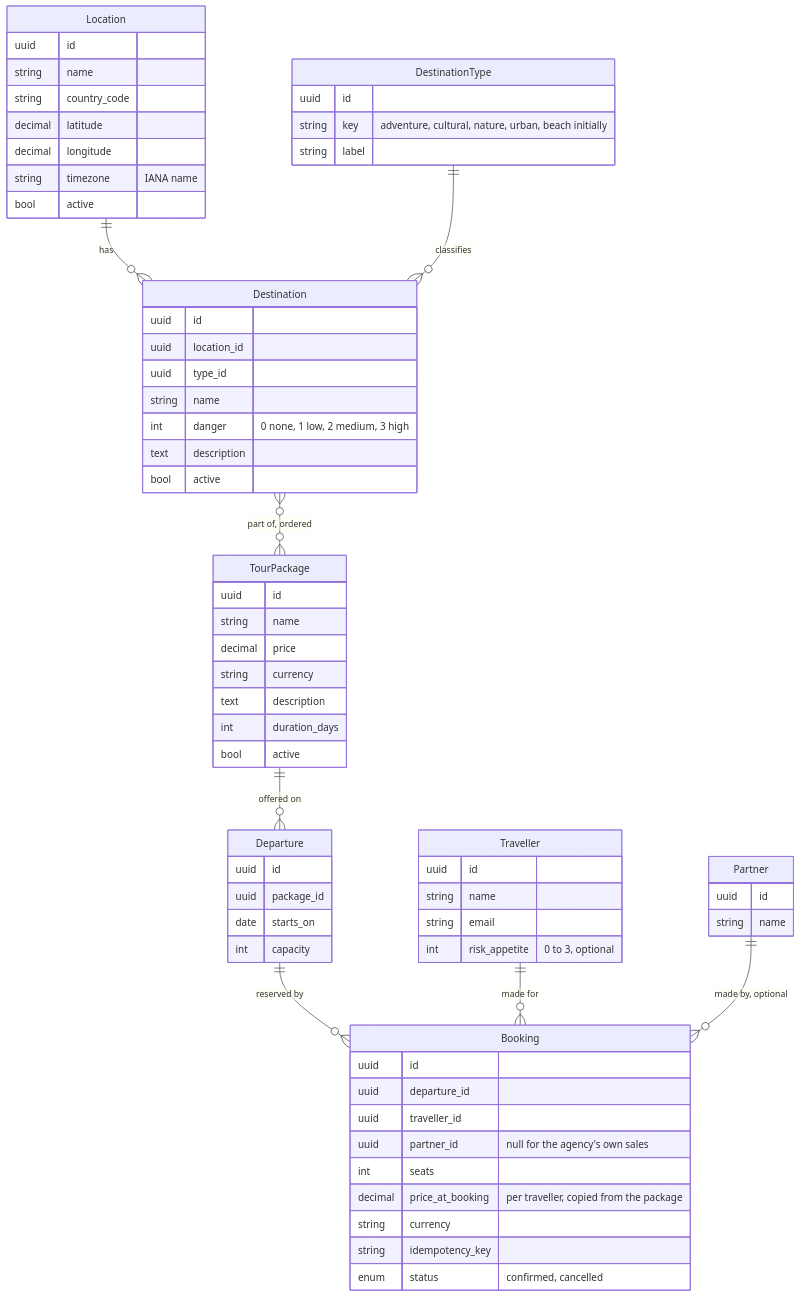
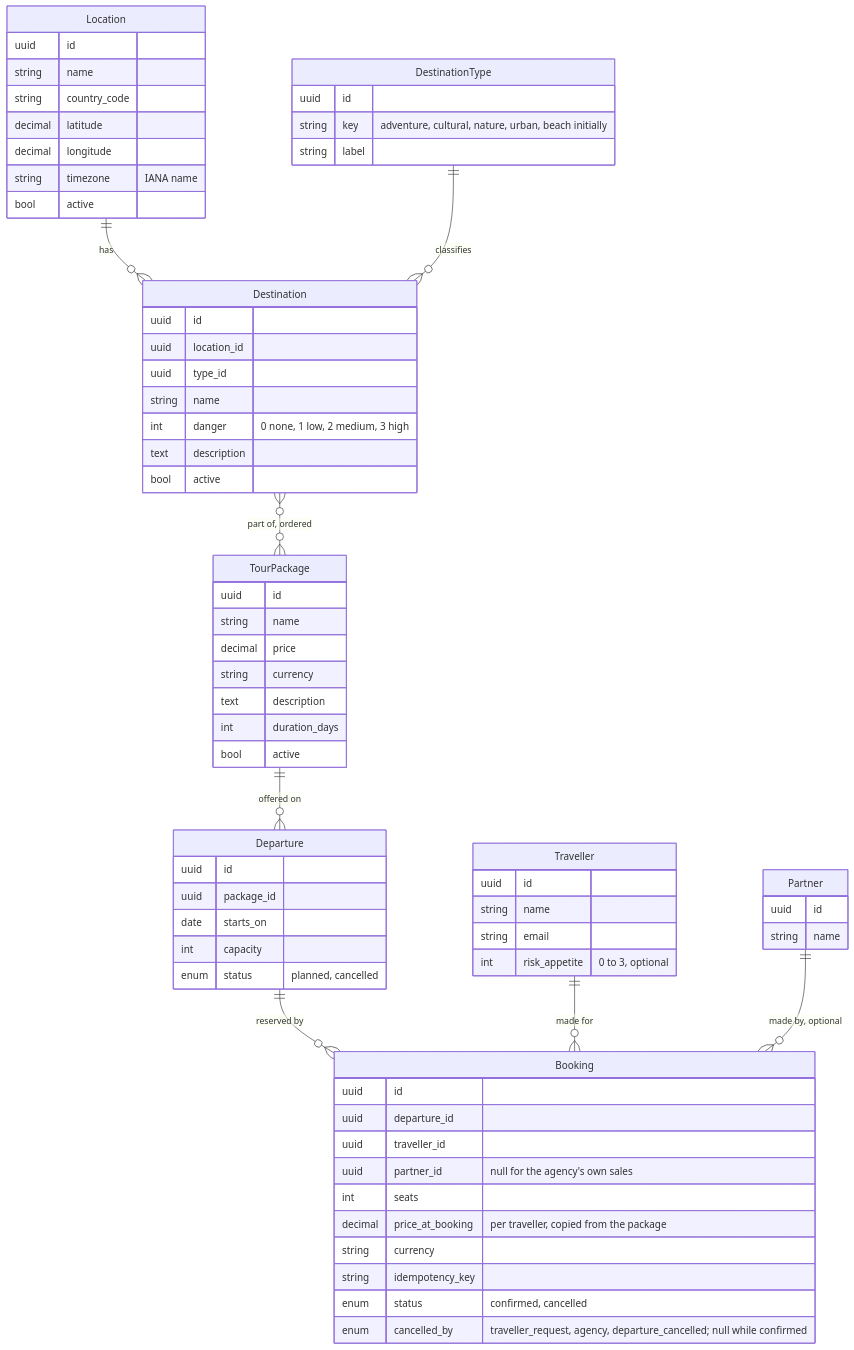
One commit to AlitalipSever/travel-agency changed the diagram in docs/03-data-model.md. Above: the diagram before and after it, drawn with Mermaid. The commit also changed other lines of this file and 5 other files, not shown here.

````diff
--- a/docs/03-data-model.md
+++ b/docs/03-data-model.md
@@ -7,70 +7,72 @@
 ```mermaid
 erDiagram
   Location ||--o{ Destination : "has"
   DestinationType ||--o{ Destination : "classifies"
   Destination }o--o{ TourPackage : "part of, ordered"
   TourPackage ||--o{ Departure : "offered on"
   Departure ||--o{ Booking : "reserved by"
   Traveller ||--o{ Booking : "made for"
   Partner ||--o{ Booking : "made by, optional"
 
   Location {
     uuid id
     string name
     string country_code
     decimal latitude
     decimal longitude
     string timezone "IANA name"
     bool active
   }
   Destination {
     uuid id
     uuid location_id
     uuid type_id
     string name
     int danger "0 none, 1 low, 2 medium, 3 high"
     text description
     bool active
   }
   DestinationType {
     uuid id
     string key "adventure, cultural, nature, urban, beach initially"
     string label
   }
   TourPackage {
     uuid id
     string name
     decimal price
     string currency
     text description
     int duration_days
     bool active
   }
   Departure {
     uuid id
     uuid package_id
     date starts_on
     int capacity
+    enum status "planned, cancelled"
   }
   Booking {
     uuid id
     uuid departure_id
     uuid traveller_id
     uuid partner_id "null for the agency's own sales"
     int seats
     decimal price_at_booking "per traveller, copied from the package"
     string currency
     string idempotency_key
     enum status "confirmed, cancelled"
+    enum cancelled_by "traveller_request, agency, departure_cancelled; null while confirmed"
   }
   Traveller {
     uuid id
     string name
     string email
     int risk_appetite "0 to 3, optional"
   }
   Partner {
     uuid id
     string name
   }
 ```
````
